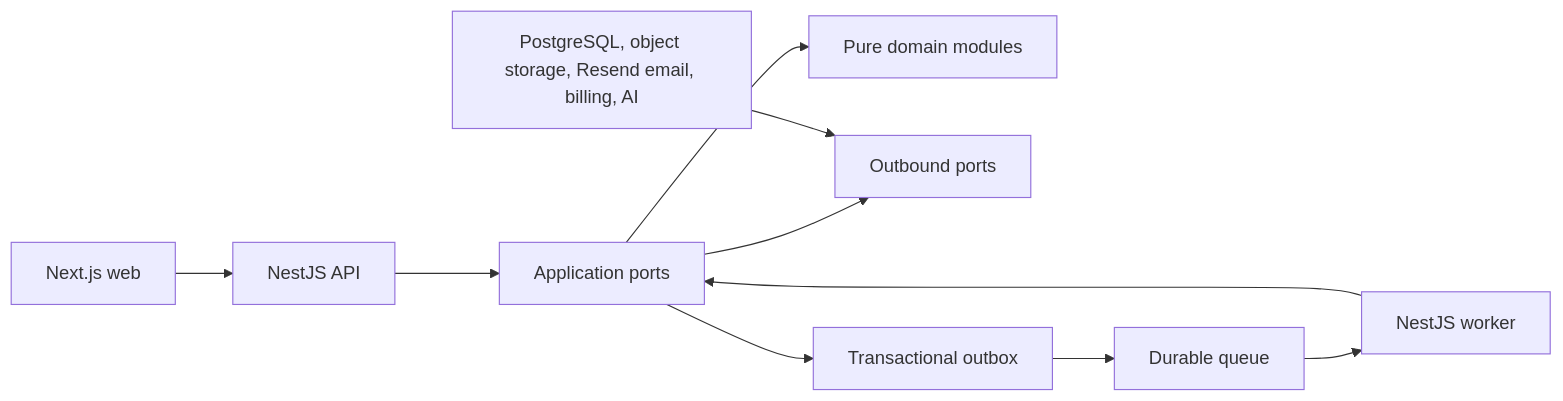
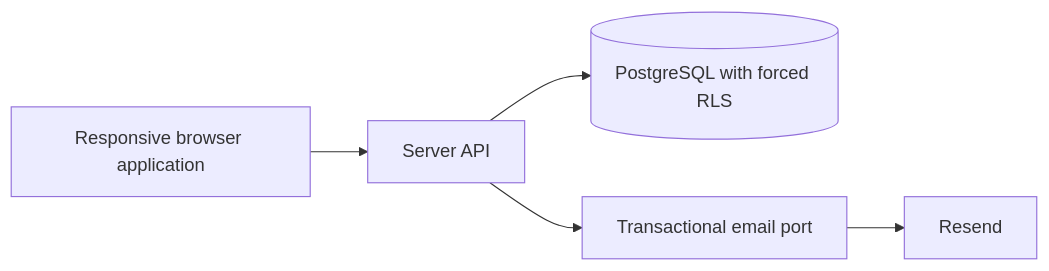
Before and after one commit to mbouzian42/captaindev-saas-technical-assessment: the diagram in docs/architecture/ARCHITECTURE.md, drawn with Mermaid. The commit also changed other lines of this file and 4 other files, not shown here.

Commit message:
Clarify assessment architecture scope

````diff
--- a/docs/architecture/ARCHITECTURE.md
+++ b/docs/architecture/ARCHITECTURE.md
@@ -21,12 +17,7 @@
 ```mermaid
 flowchart LR
-  WEB["Next.js web"] --> API["NestJS API"]
-  API --> APP["Application ports"]
-  WORKER["NestJS worker"] --> APP
-  APP --> DOMAIN["Pure domain modules"]
-  APP --> PORTS["Outbound ports"]
-  ADAPTERS["PostgreSQL, object storage, Resend email, billing, AI"] --> PORTS
-  APP --> OUTBOX["Transactional outbox"]
-  OUTBOX --> QUEUE["Durable queue"]
-  QUEUE --> WORKER
+  BROWSER["Responsive browser application"] --> API["Server API"]
+  API --> DB[("PostgreSQL with forced RLS")]
+  API --> EMAIL["Transactional email port"]
+  EMAIL --> RESEND["Resend"]
 ```
````
